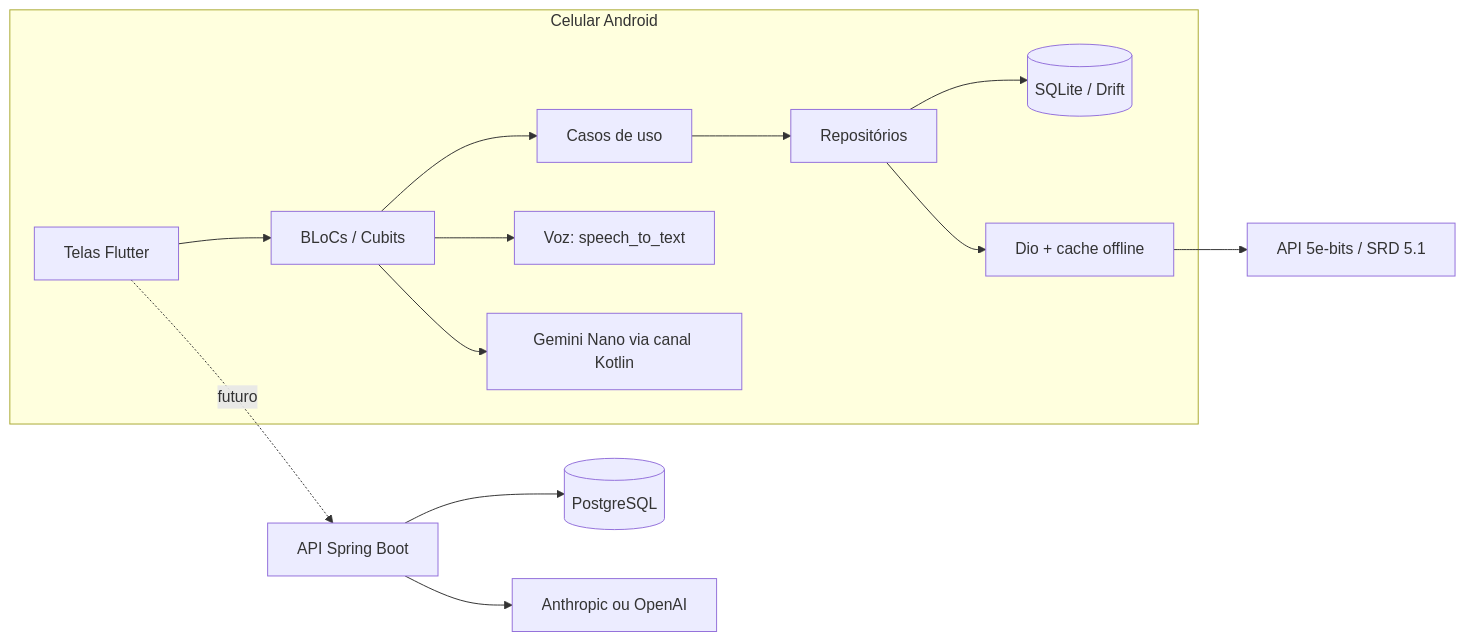
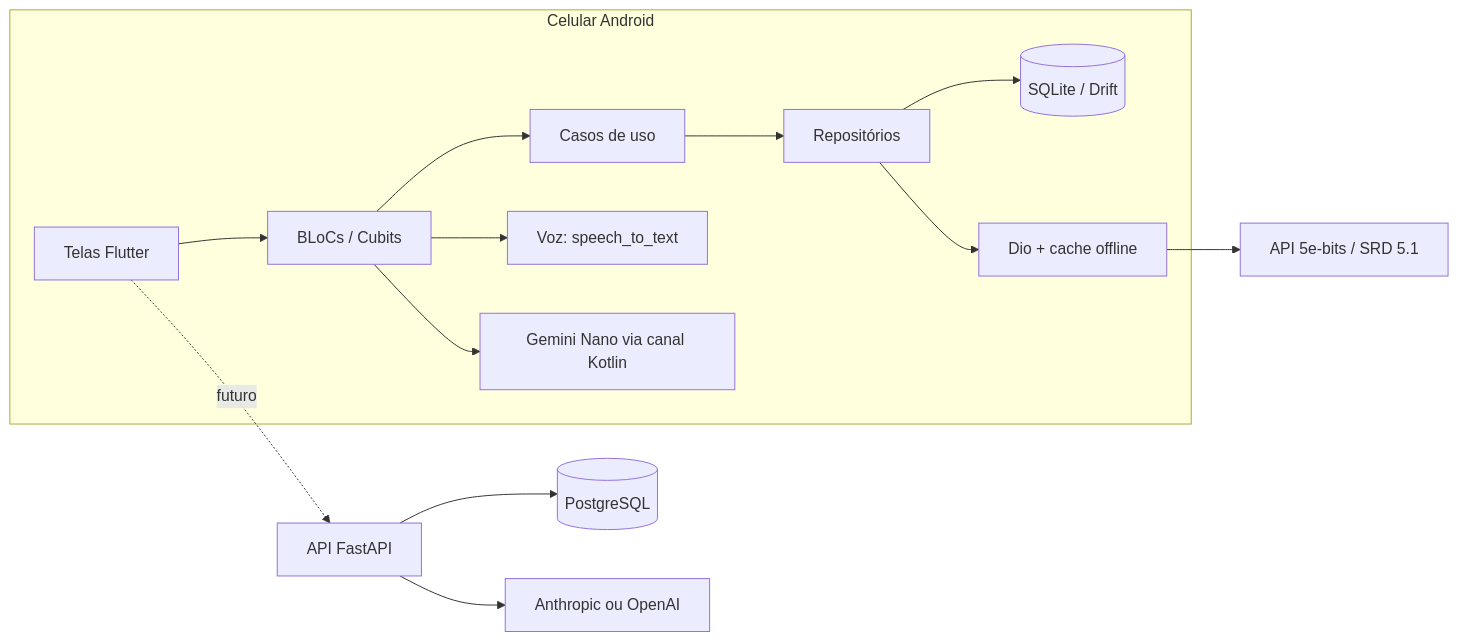
Before and after one commit to marivaldojunior/critsense: the diagram in docs/ESTUDO.md, drawn with Mermaid. The commit also changed other lines of this file and 117 other files, not shown here.

First line of the commit message:
feat(api): troca a API Java por uma API em Python (FastAPI)

````diff
--- a/docs/ESTUDO.md
+++ b/docs/ESTUDO.md
@@ -17,16 +18,16 @@
 ```mermaid
 flowchart LR
     subgraph Celular Android
         UI[Telas Flutter] --> BLoC[BLoCs / Cubits]
         BLoC --> UC[Casos de uso]
         UC --> Repo[Repositórios]
         Repo --> Drift[(SQLite / Drift)]
         Repo --> Dio[Dio + cache offline]
         BLoC --> Voz[Voz: speech_to_text]
         BLoC --> Nano[Gemini Nano via canal Kotlin]
     end
     Dio --> SRD[API 5e-bits / SRD 5.1]
-    API[API Spring Boot] --> PG[(PostgreSQL)]
+    API[API FastAPI] --> PG[(PostgreSQL)]
     API --> LLM[Anthropic ou OpenAI]
     UI -. futuro .-> API
 ```
````
